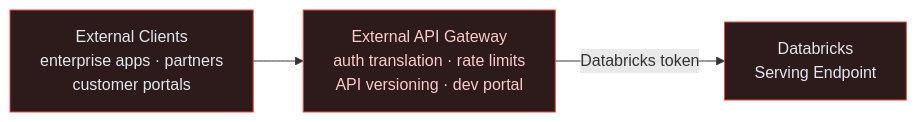
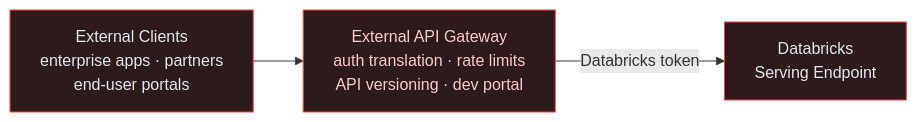
Before and after one commit to bhavink/applied-ai-governance: the fourth of 14 diagrams in tool-governance/ai-gateway-patterns.md, drawn with Mermaid. The commit also changed other lines of this file and 42 other files, not shown here.

````diff
--- a/tool-governance/ai-gateway-patterns.md
+++ b/tool-governance/ai-gateway-patterns.md
@@ -62,8 +71,8 @@
 ```mermaid
 flowchart LR
-    A["External Clients<br/>enterprise apps · partners<br/>customer portals"] --> B["External API Gateway<br/>auth translation · rate limits<br/>API versioning · dev portal"]
+    A["External Clients<br/>enterprise apps · partners<br/>end-user portals"] --> B["External API Gateway<br/>auth translation · rate limits<br/>API versioning · dev portal"]
     B -->|"Databricks token"| C["Databricks<br/>Serving Endpoint"]
     style A fill:#2d1a1a,stroke:#ef4444,color:#e2e8f0
     style B fill:#2d1a1a,stroke:#ef4444,color:#fecaca
     style C fill:#2d1a1a,stroke:#ef4444,color:#e2e8f0
 ```
````
